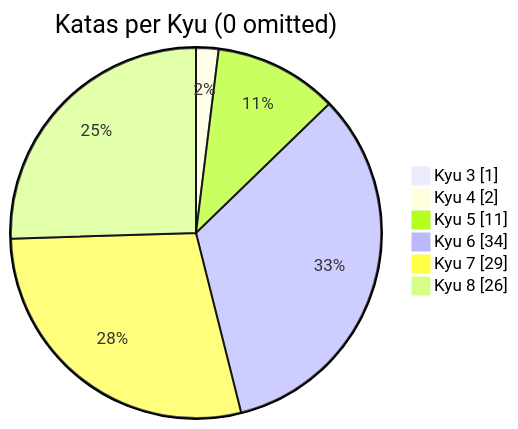
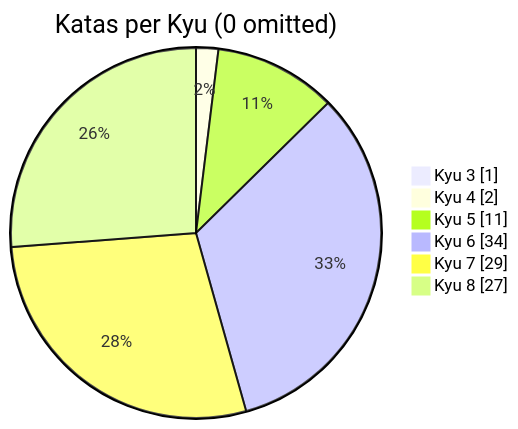
One commit to MauricioLudwig/codewars-typescript changed the diagram in README.md. Above: the diagram before and after it, drawn with Mermaid. The commit also changed other lines of this file, not shown here.

````diff
--- a/README.md
+++ b/README.md
@@ -21,10 +21,10 @@
 ```mermaid
 pie showData
     title Katas per Kyu (0 omitted)
 	"Kyu 3": 1
 	"Kyu 4": 2
 	"Kyu 5": 11
 	"Kyu 6": 34
 	"Kyu 7": 29
-	"Kyu 8": 26
+	"Kyu 8": 27
 ```
````
